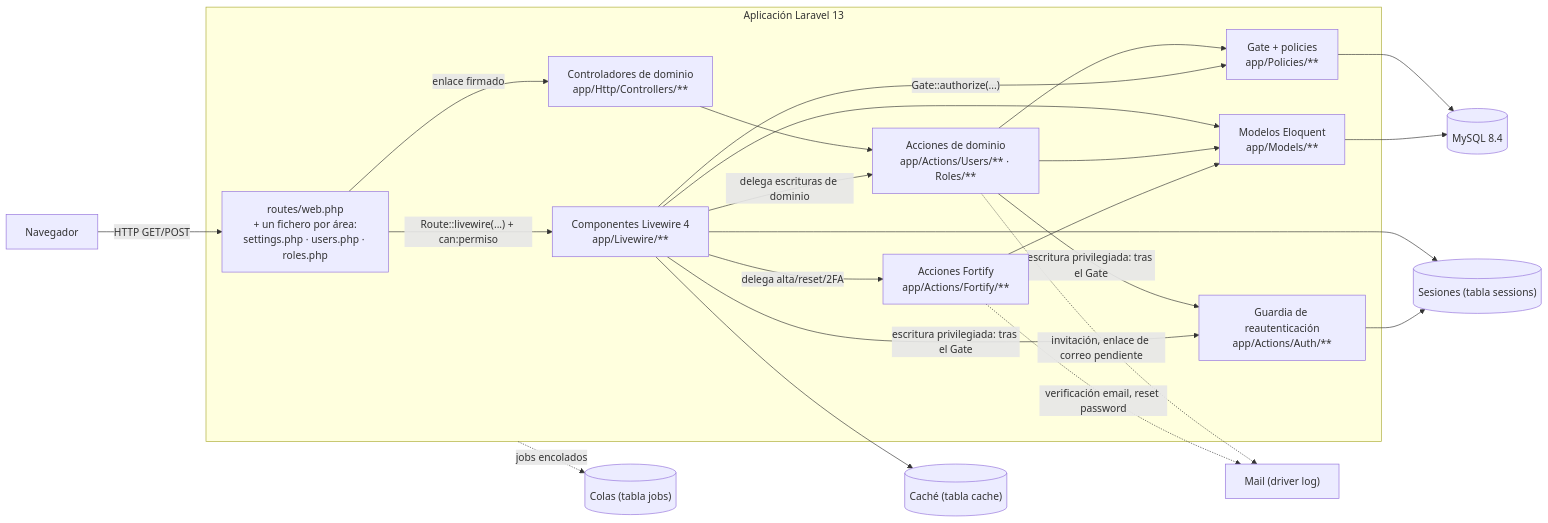
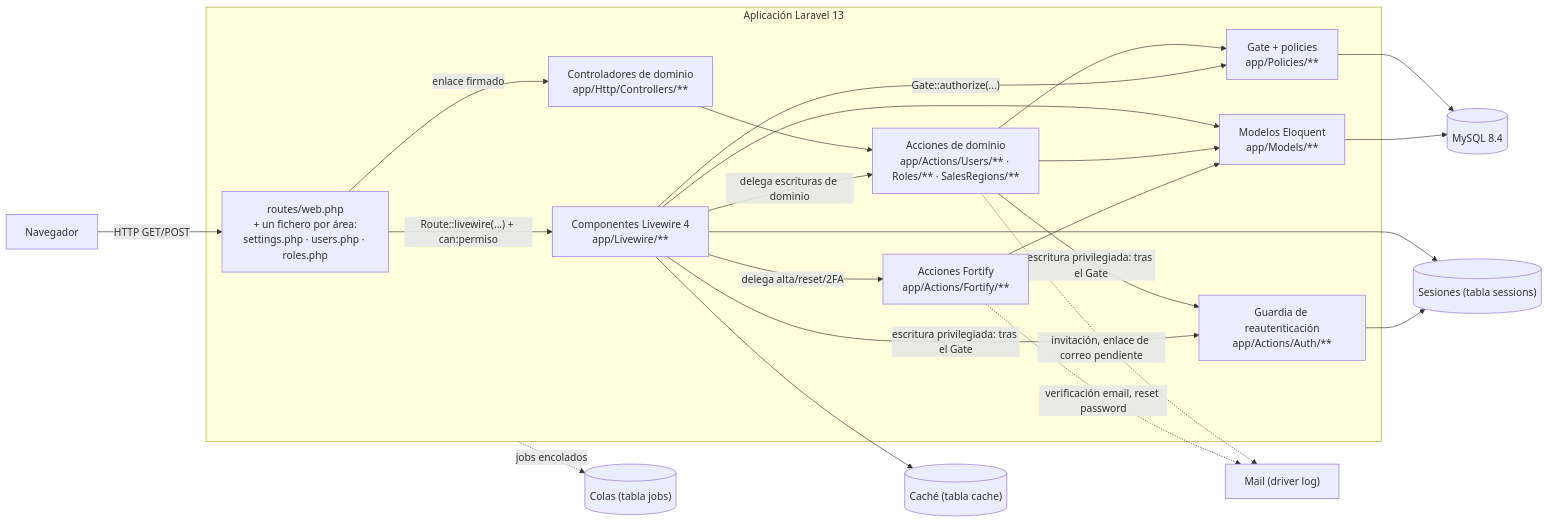
One commit to LIDR-academy/AI4Devs-finalproject changed the first of 2 diagrams in readme.md. Above: the diagram before and after it, drawn with Mermaid. The commit also changed other lines of this file and 12 other files, not shown here.

````diff
--- a/readme.md
+++ b/readme.md
@@ -212,43 +220,43 @@
 ```mermaid
 flowchart LR
     Browser["Navegador"]
 
     subgraph Laravel["Aplicación Laravel 13"]
         Routes["routes/web.php\n+ un fichero por área:\nsettings.php · users.php · roles.php"]
         Livewire["Componentes Livewire 4\napp/Livewire/**"]
         Controllers["Controladores de dominio\napp/Http/Controllers/**"]
         Gate["Gate + policies\napp/Policies/**"]
         StepUp["Guardia de reautenticación\napp/Actions/Auth/**"]
         Fortify["Acciones Fortify\napp/Actions/Fortify/**"]
-        Actions["Acciones de dominio\napp/Actions/Users/** · Roles/**"]
+        Actions["Acciones de dominio\napp/Actions/Users/** · Roles/** · SalesRegions/**"]
         Models["Modelos Eloquent\napp/Models/**"]
     end
 
     DB[("MySQL 8.4")]
     Queue[("Colas (tabla jobs)")]
     Session[("Sesiones (tabla sessions)")]
     Cache[("Caché (tabla cache)")]
     Mail["Mail (driver log)"]
 
     Browser -->|"HTTP GET/POST"| Routes
     Routes -->|"Route::livewire(...) + can:permiso"| Livewire
     Routes -->|"enlace firmado"| Controllers
     Livewire -->|"Gate::authorize(...)"| Gate
     Livewire -->|"delega alta/reset/2FA"| Fortify
     Livewire -->|"delega escrituras de dominio"| Actions
     Livewire -->|"escritura privilegiada: tras el Gate"| StepUp
     Actions -->|"escritura privilegiada: tras el Gate"| StepUp
     Actions --> Gate
     Controllers --> Actions
     StepUp --> Session
     Fortify --> Models
     Actions --> Models
     Livewire --> Models
     Models --> DB
     Gate --> DB
     Livewire --> Session
     Livewire --> Cache
     Fortify -.->|"verificación email, reset password"| Mail
     Actions -.->|"invitación, enlace de correo pendiente"| Mail
     Laravel -.->|"jobs encolados"| Queue
 ```
````
